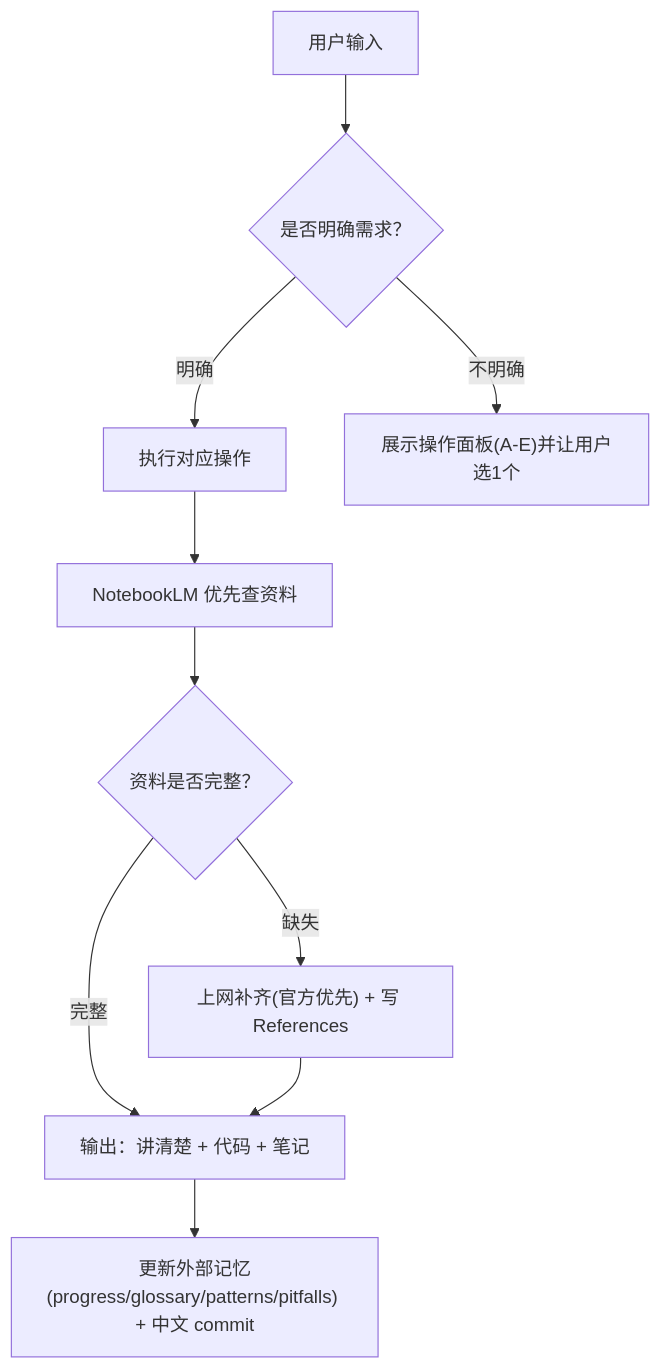
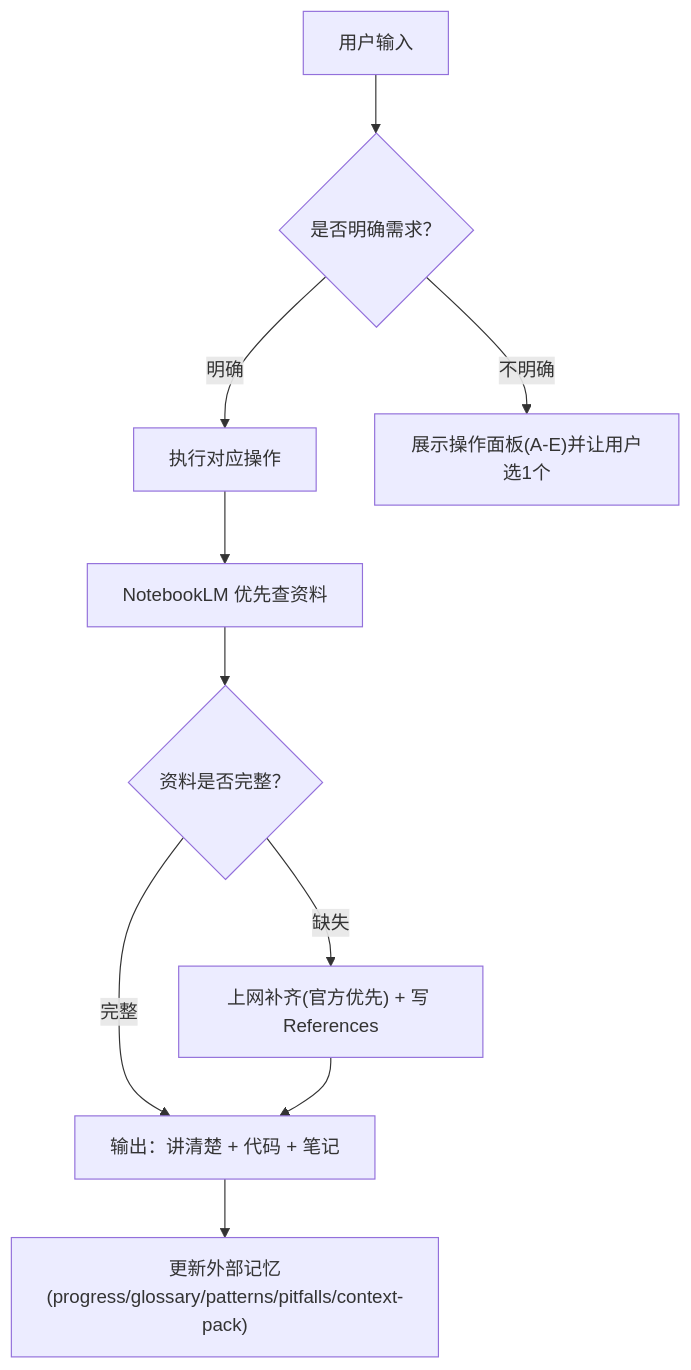
Before and after one commit to zhao5271/go-study: the diagram in go-fullstack-coach/SKILL.md, drawn with Mermaid. The commit also changed other lines of this file and 9 other files, not shown here.

````diff
--- a/go-fullstack-coach/SKILL.md
+++ b/go-fullstack-coach/SKILL.md
@@ -98,12 +99,12 @@
 ```mermaid
 flowchart TD
   U["用户输入"] --> C{"是否明确需求？"}
   C -- "明确" --> R["执行对应操作"]
   C -- "不明确" --> M["展示操作面板(A-E)并让用户选1个"]
   R --> S["NotebookLM 优先查资料"]
   S --> K{"资料是否完整？"}
   K -- "完整" --> O["输出：讲清楚 + 代码 + 笔记"]
   K -- "缺失" --> W["上网补齐(官方优先) + 写 References"]
   W --> O
-  O --> P["更新外部记忆(progress/glossary/patterns/pitfalls) + 中文 commit"]
+  O --> P["更新外部记忆(progress/glossary/patterns/pitfalls/context-pack)"]
 ```
````
